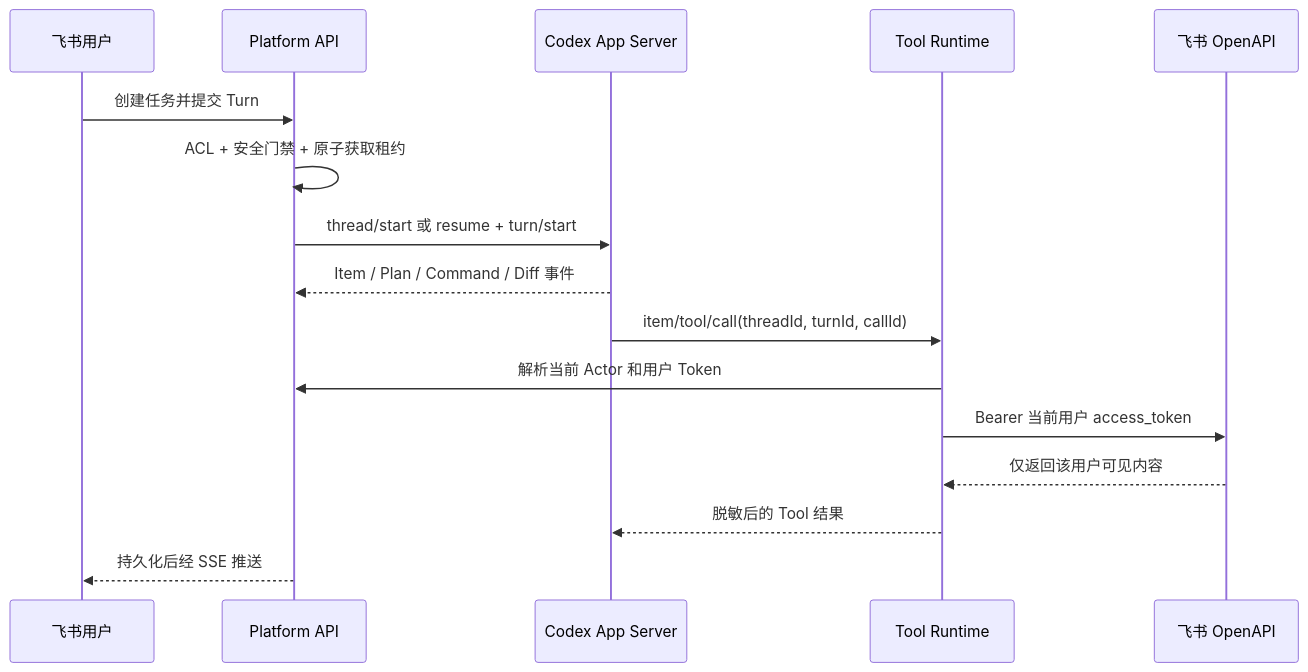
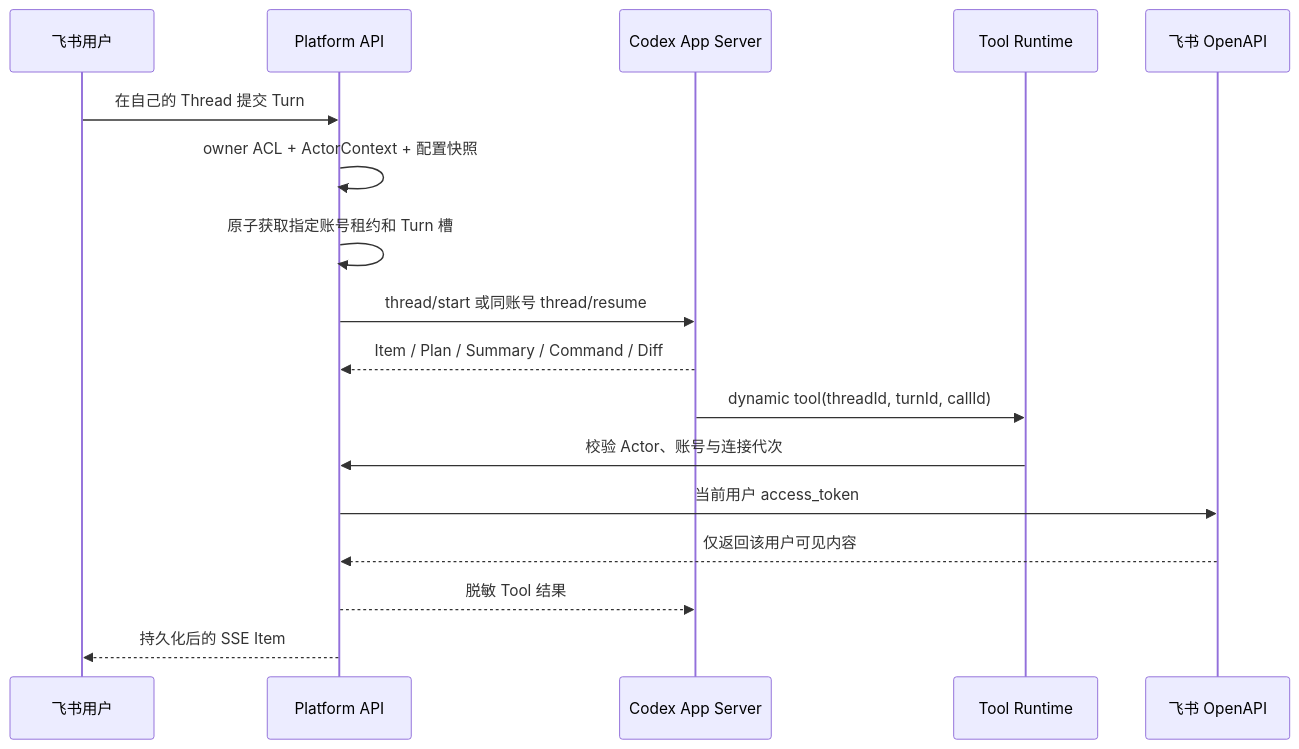
One commit to Scofy0123/AI-Platform changed the third of 4 diagrams in docs/architecture.md. Above: the diagram before and after it, drawn with Mermaid. The commit also changed other lines of this file and 50 other files, not shown here.

````diff
--- a/docs/architecture.md
+++ b/docs/architecture.md
@@ -44,19 +143,20 @@
 ```mermaid
 sequenceDiagram
     participant User as 飞书用户
     participant API as Platform API
     participant Codex as Codex App Server
     participant Tools as Tool Runtime
     participant Feishu as 飞书 OpenAPI
 
-    User->>API: 创建任务并提交 Turn
-    API->>API: ACL + 安全门禁 + 原子获取租约
-    API->>Codex: thread/start 或 resume + turn/start
-    Codex-->>API: Item / Plan / Command / Diff 事件
-    Codex->>Tools: item/tool/call(threadId, turnId, callId)
-    Tools->>API: 解析当前 Actor 和用户 Token
-    Tools->>Feishu: Bearer 当前用户 access_token
-    Feishu-->>Tools: 仅返回该用户可见内容
-    Tools-->>Codex: 脱敏后的 Tool 结果
-    API-->>User: 持久化后经 SSE 推送
+    User->>API: 在自己的 Thread 提交 Turn
+    API->>API: owner ACL + ActorContext + 配置快照
+    API->>API: 原子获取指定账号租约和 Turn 槽
+    API->>Codex: thread/start 或同账号 thread/resume
+    Codex-->>API: Item / Plan / Summary / Command / Diff
+    Codex->>Tools: dynamic tool(threadId, turnId, callId)
+    Tools->>API: 校验 Actor、账号与连接代次
+    API->>Feishu: 当前用户 access_token
+    Feishu-->>API: 仅返回该用户可见内容
+    API-->>Codex: 脱敏 Tool 结果
+    API-->>User: 持久化后的 SSE Item
 ```
````
